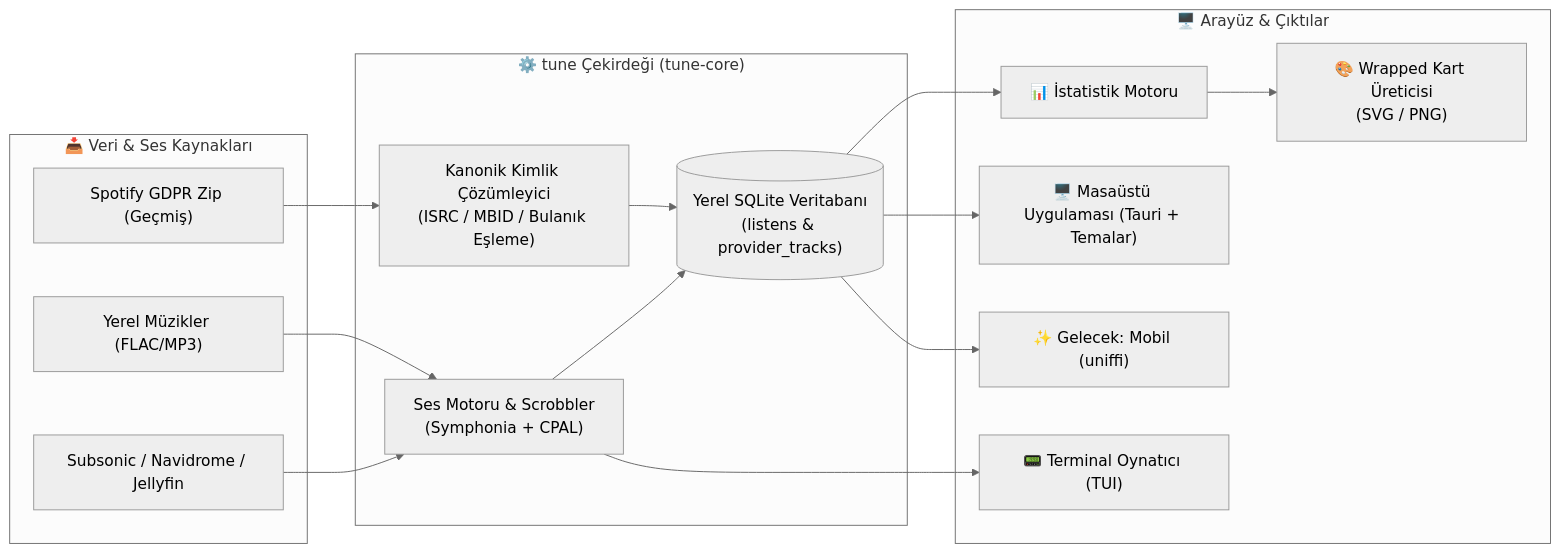
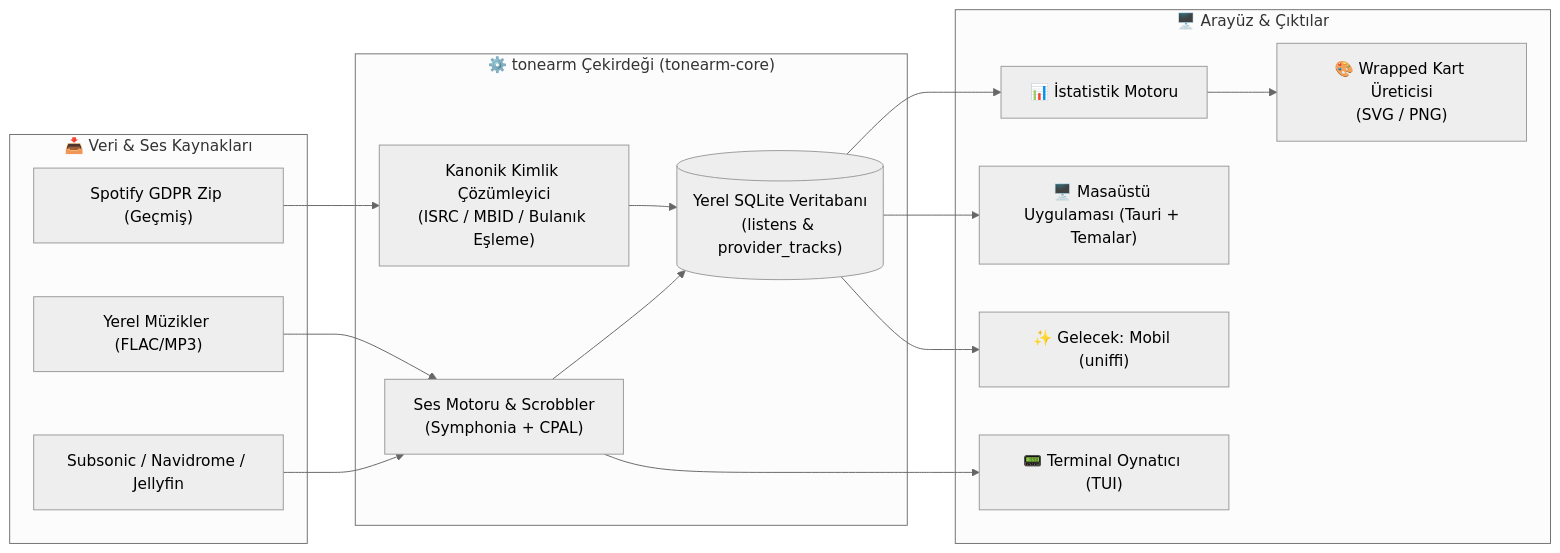
Before and after one commit to enaimami/tonearm: the diagram in README.md, drawn with Mermaid (neutral theme). The commit also changed other lines of this file and 228 other files, not shown here.

First line of the commit message:
D-058 §1: proje adı `tune` yer tutucusundan `tonearm`a geçti

````diff
--- a/README.md
+++ b/README.md
@@ -63,31 +63,31 @@
 ```mermaid
 flowchart LR
     subgraph Sources["📥 Veri & Ses Kaynakları"]
         A["Spotify GDPR Zip (Geçmiş)"]
         B["Yerel Müzikler (FLAC/MP3)"]
         C["Subsonic / Navidrome / Jellyfin"]
     end
 
-    subgraph Core["⚙️ tune Çekirdeği (tune-core)"]
+    subgraph Core["⚙️ tonearm Çekirdeği (tonearm-core)"]
         D["Kanonik Kimlik Çözümleyici<br/>(ISRC / MBID / Bulanık Eşleme)"]
         E[("Yerel SQLite Veritabanı<br/>(listens & provider_tracks)")]
         F["Ses Motoru & Scrobbler<br/>(Symphonia + CPAL)"]
     end
 
     subgraph Surfaces["🖥️ Arayüz & Çıktılar"]
         G["📊 İstatistik Motoru"]
         H["🎨 Wrapped Kart Üreticisi<br/>(SVG / PNG)"]
         I["📟 Terminal Oynatıcı (TUI)"]
         J["🖥️ Masaüstü Uygulaması (Tauri + Temalar)"]
         K["✨ Gelecek: Mobil (uniffi)"]
     end
 
     A --> D --> E
     B --> F
     C --> F
     F --> E
     E --> G --> H
     F --> I
     E --> J
     E --> K
 ```
````
